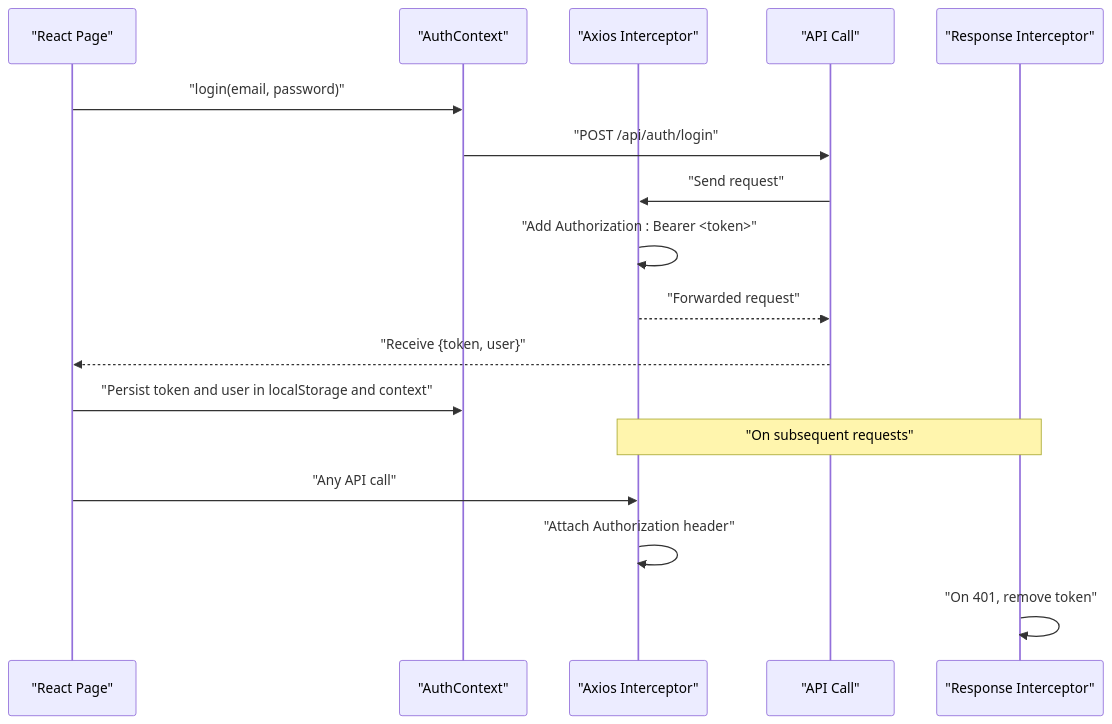
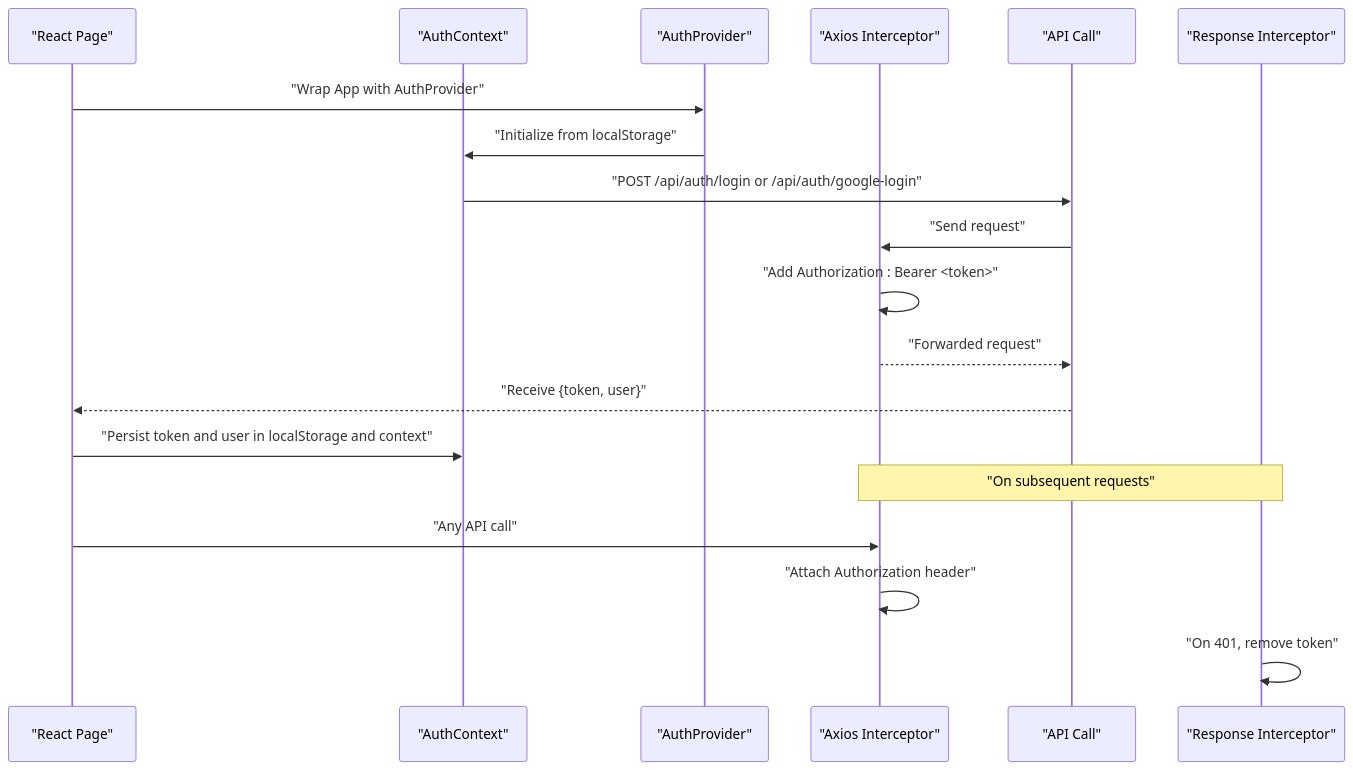
The fourth of 5 diagrams in .qoder/repowiki/en/content/Authentication & Authorization/JWT Token Flow & Management.md (Pavan-PSPK9032/TrendsandToss), drawn with Mermaid before and after one commit. The commit also changed other lines of this file and 5 other files, not shown here.

````diff
--- a/.qoder/repowiki/en/content/Authentication & Authorization/JWT Token Flow & Management.md
+++ b/.qoder/repowiki/en/content/Authentication & Authorization/JWT Token Flow & Management.md
@@ -203,19 +250,21 @@
 ```mermaid
 sequenceDiagram
 participant Page as "React Page"
 participant Ctx as "AuthContext"
+participant Main as "AuthProvider"
 participant AX as "Axios Interceptor"
 participant API as "API Call"
 participant Resp as "Response Interceptor"
-Page->>Ctx : "login(email, password)"
-Ctx->>API : "POST /api/auth/login"
+Page->>Main : "Wrap App with AuthProvider"
+Main->>Ctx : "Initialize from localStorage"
+Ctx->>API : "POST /api/auth/login or /api/auth/google-login"
 API->>AX : "Send request"
 AX->>AX : "Add Authorization : Bearer <token>"
 AX-->>API : "Forwarded request"
 API-->>Page : "Receive {token, user}"
 Page->>Ctx : "Persist token and user in localStorage and context"
 Note over AX,Resp : "On subsequent requests"
 Page->>AX : "Any API call"
 AX->>AX : "Attach Authorization header"
 Resp->>Resp : "On 401, remove token"
 ```
````
